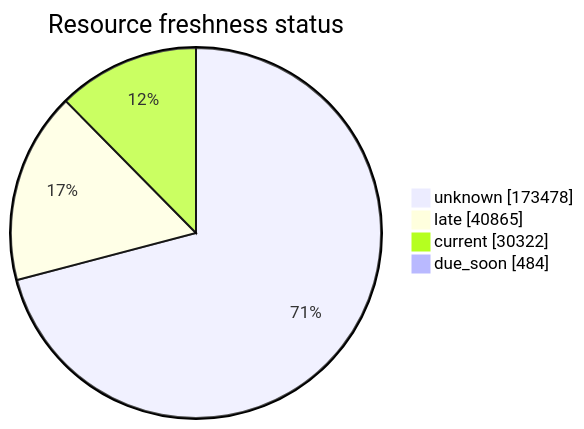
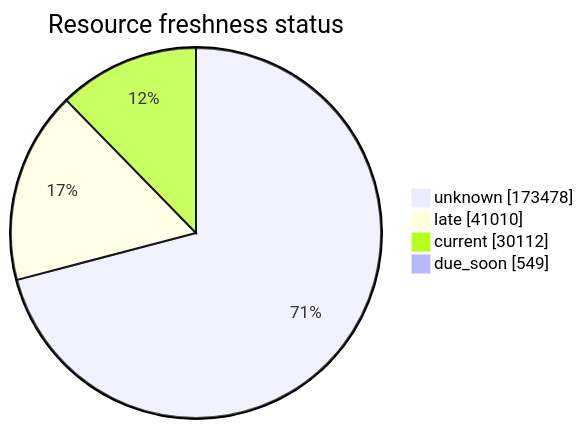
One commit to open-data/analytics-corporate-reporting changed the third of 5 diagrams in FreshCheck/README.md. Above: the diagram before and after it, drawn with Mermaid. The commit also changed other lines of this file and 3 other files, not shown here.

````diff
--- a/FreshCheck/README.md
+++ b/FreshCheck/README.md
@@ -77,7 +77,7 @@
 ```mermaid
 pie showData title Resource freshness status
     "unknown": 173478
-    "late": 40865
-    "current": 30322
-    "due_soon": 484
+    "late": 41010
+    "current": 30112
+    "due_soon": 549
 ```
````
